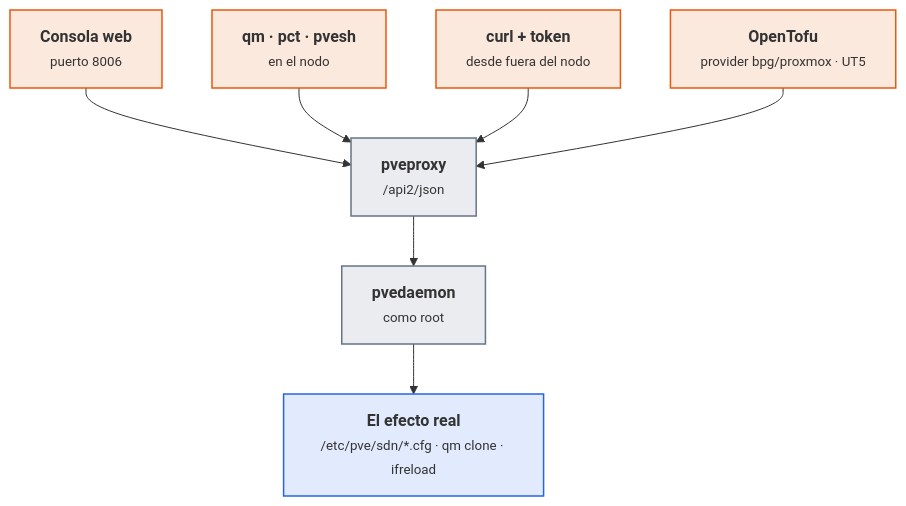
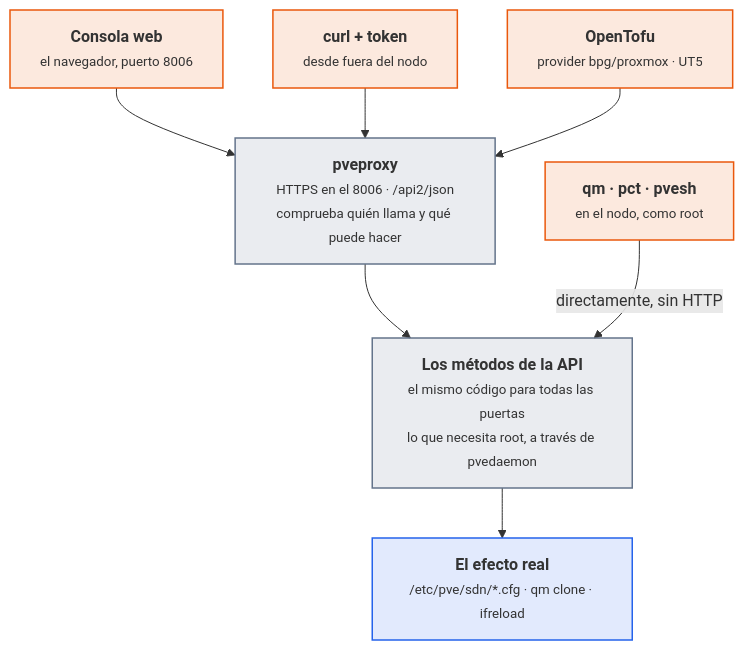
The eighth of 8 diagrams in docs/ut/ut2-vpc.md (victor-educ/apuntes-5166), drawn with Mermaid before and after one commit. The commit also changed other lines of this file and 10 other files, not shown here.

````diff
--- a/docs/ut/ut2-vpc.md
+++ b/docs/ut/ut2-vpc.md
@@ -872,21 +983,22 @@
 ```mermaid
 flowchart TD
-    W["<b>Consola web</b><br><small>puerto 8006</small>"]:::act
-    Q["<b>qm · pct · pvesh</b><br><small>en el nodo</small>"]:::act
+    W["<b>Consola web</b><br><small>el navegador, puerto 8006</small>"]:::act
     C["<b>curl + token</b><br><small>desde fuera del nodo</small>"]:::act
     T["<b>OpenTofu</b><br><small>provider bpg/proxmox · UT5</small>"]:::act
-    API["<b>pveproxy</b><br><small>/api2/json</small>"]:::pieza
-    D["<b>pvedaemon</b><br><small>como root</small>"]:::pieza
+    Q["<b>qm · pct · pvesh</b><br><small>en el nodo, como root</small>"]:::act
+    API["<b>pveproxy</b><br><small>HTTPS en el 8006 · /api2/json<br>comprueba quién llama y qué puede hacer</small>"]:::pieza
+    M["<b>Los métodos de la API</b><br><small>el mismo código para todas las puertas<br>lo que necesita root, a través de pvedaemon</small>"]:::pieza
     S["<b>El efecto real</b><br><small>/etc/pve/sdn/*.cfg · qm clone · ifreload</small>"]:::dato
     W --> API
-    Q --> API
     C --> API
     T --> API
-    API --> D --> S
+    API --> M
+    Q -- "directamente, sin HTTP" --> M
+    M --> S
     classDef act fill:#ea580c22,stroke:#ea580c,stroke-width:1.5px
     classDef pieza fill:#64748b22,stroke:#64748b,stroke-width:1.5px
     classDef dato fill:#2563eb22,stroke:#2563eb,stroke-width:1.5px
     classDef infra fill:#a1a1aa14,stroke:#a1a1aa,stroke-width:1.5px
     classDef ok fill:#16a34a22,stroke:#16a34a,stroke-width:1.5px
     classDef riesgo fill:#dc262622,stroke:#dc2626,stroke-width:1.5px
 ```
````
